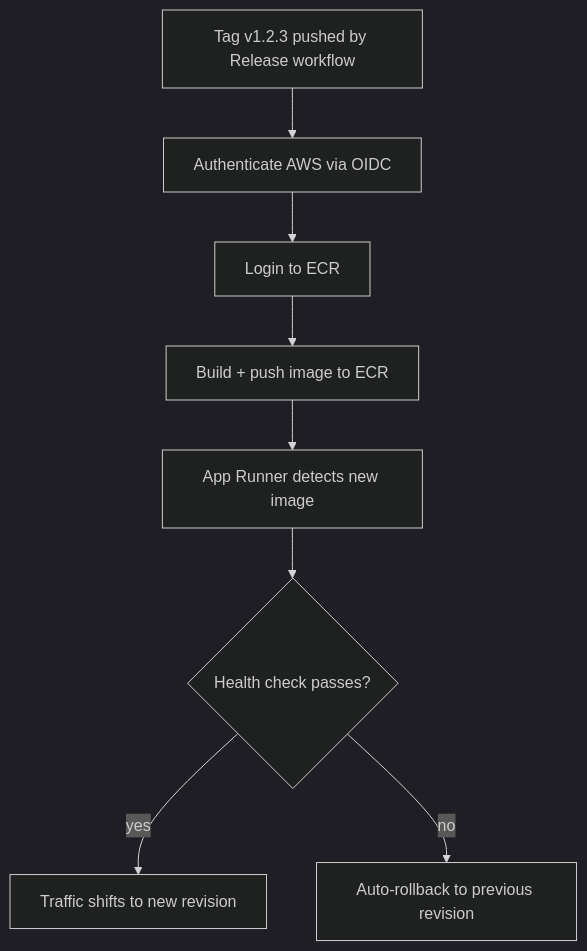
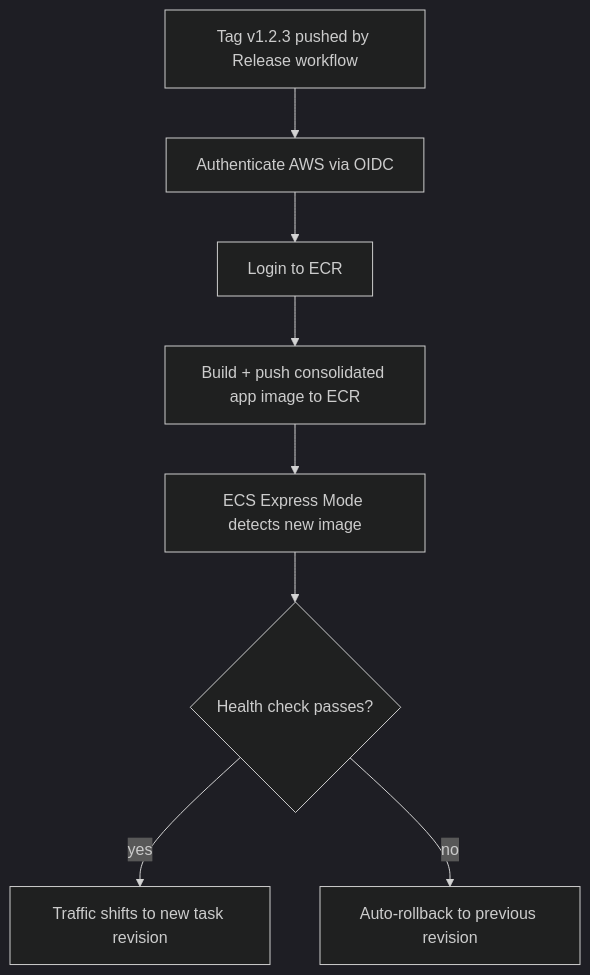
One commit to ricardogr07/shelter-pulse changed the fifth of 5 diagrams in .github/README.md. Above: the diagram before and after it, drawn with Mermaid (dark theme). The commit also changed other lines of this file and 40 other files, not shown here.

````diff
--- a/.github/README.md
+++ b/.github/README.md
@@ -111,10 +113,10 @@
 ```mermaid
 graph TD
     A[Tag v1.2.3 pushed by Release workflow] --> B[Authenticate AWS via OIDC]
     B --> C[Login to ECR]
-    C --> D[Build + push image to ECR]
-    D --> E[App Runner detects new image]
+    C --> D[Build + push consolidated app image to ECR]
+    D --> E[ECS Express Mode detects new image]
     E --> F{Health check passes?}
-    F -->|yes| G[Traffic shifts to new revision]
+    F -->|yes| G[Traffic shifts to new task revision]
     F -->|no| H[Auto-rollback to previous revision]
 ```
````
